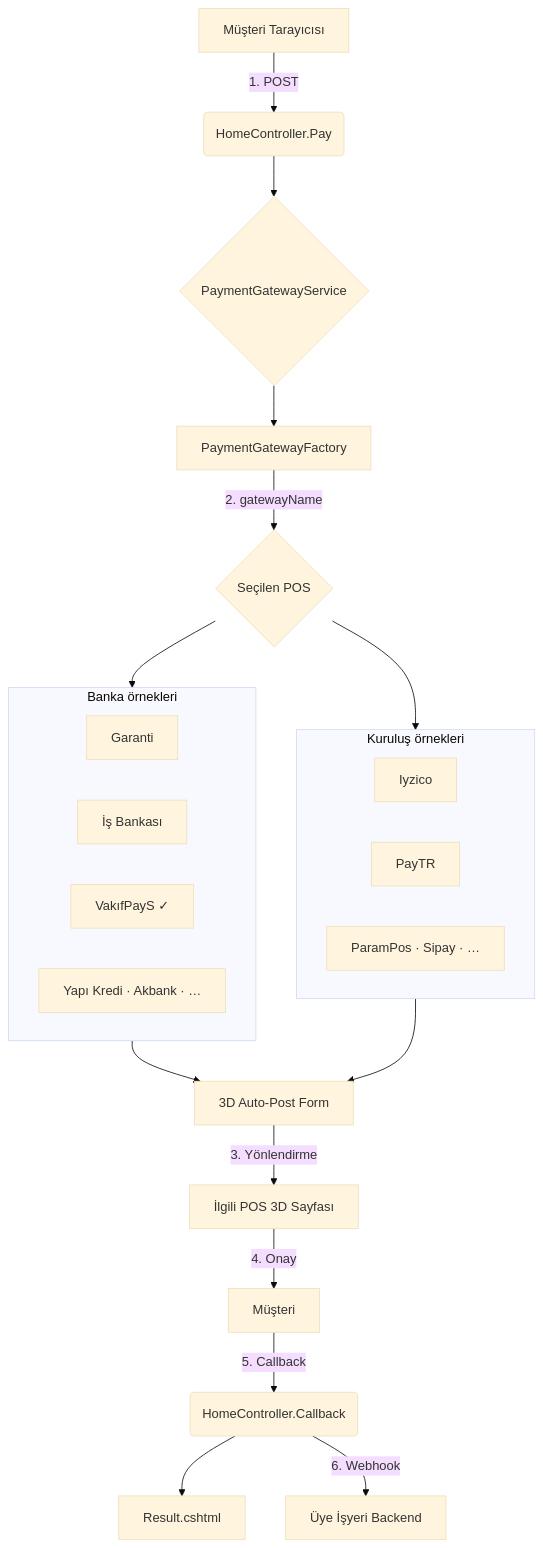
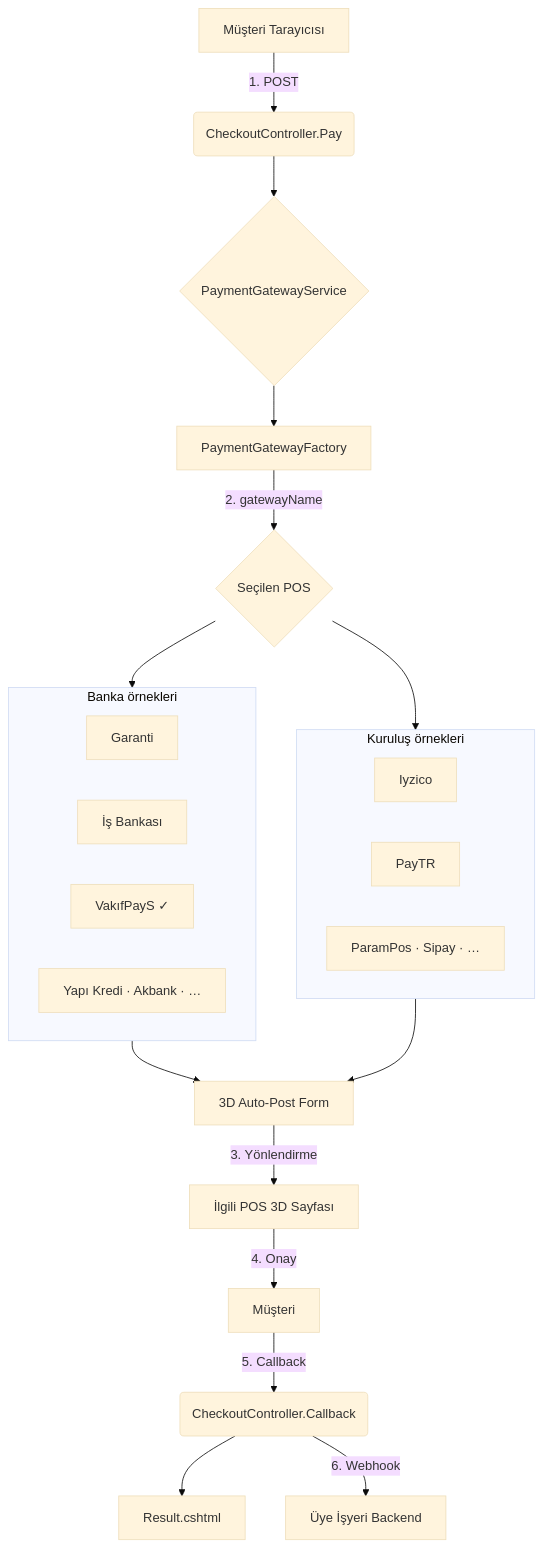
Before and after one commit to mehmetunal/tripay: the seventh of 10 diagrams in docs/TriPay_Proje_Dokumani.md, drawn with Mermaid (base theme). The commit also changed other lines of this file and 183 other files, not shown here.

````diff
--- a/docs/TriPay_Proje_Dokumani.md
+++ b/docs/TriPay_Proje_Dokumani.md
@@ -571,31 +605,31 @@
 ```mermaid
 flowchart TD
-    A[Müşteri Tarayıcısı] -->|1. POST| B(HomeController.Pay)
+    A[Müşteri Tarayıcısı] -->|1. POST| B(CheckoutController.Pay)
     B --> C{PaymentGatewayService}
     C --> D[PaymentGatewayFactory]
     D -->|2. gatewayName| E{Seçilen POS}
     E --> P1[Banka Provider]
     E --> P2[Kuruluş Provider]
     P1 --> F[3D Auto-Post Form]
     P2 --> F
     F -->|3. Yönlendirme| G[İlgili POS 3D Sayfası]
     G -->|4. Onay| H[Müşteri]
-    H -->|5. Callback| I(HomeController.Callback)
+    H -->|5. Callback| I(CheckoutController.Callback)
     I --> J[Result.cshtml]
     I -->|6. Webhook| K[Üye İşyeri Backend]
 
     subgraph P1["Banka örnekleri"]
         direction LR
         pA[Garanti]
         pB[İş Bankası]
         pC[VakıfPayS ✓]
         pD[Yapı Kredi · Akbank · …]
     end
 
     subgraph P2["Kuruluş örnekleri"]
         direction LR
         kA[Iyzico]
         kB[PayTR]
         kC[ParamPos · Sipay · …]
     end
 ```
````
